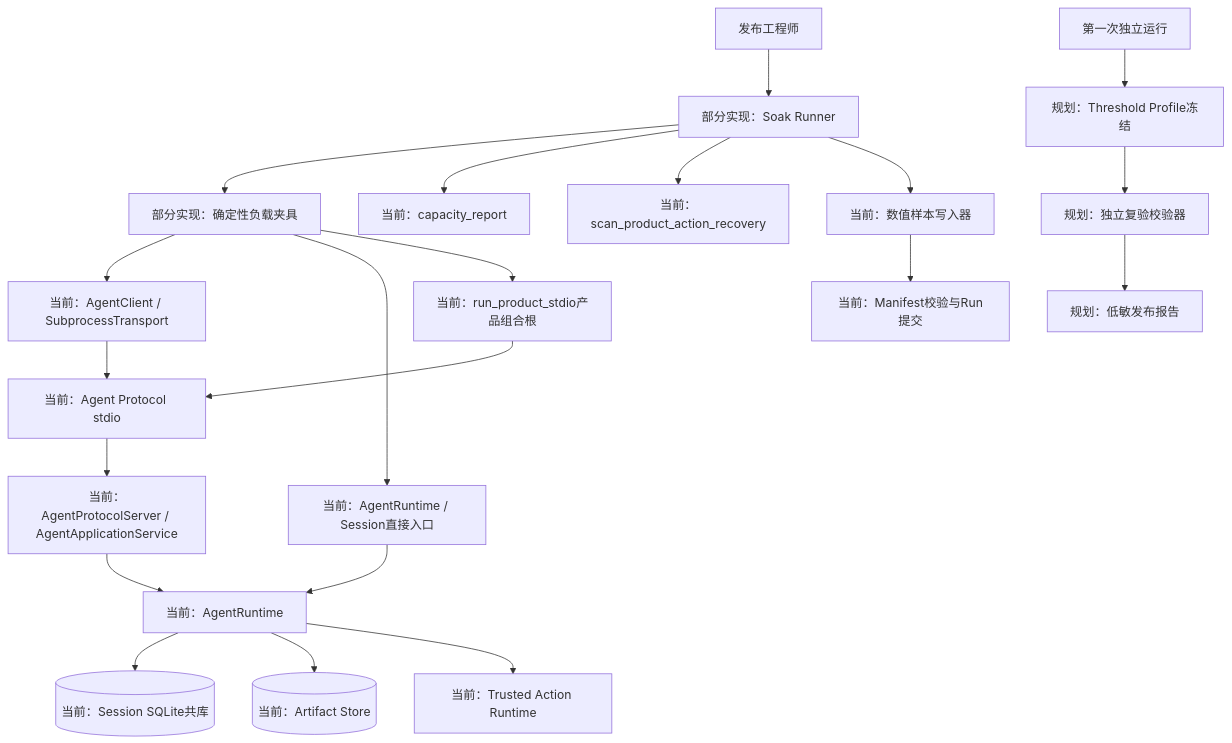
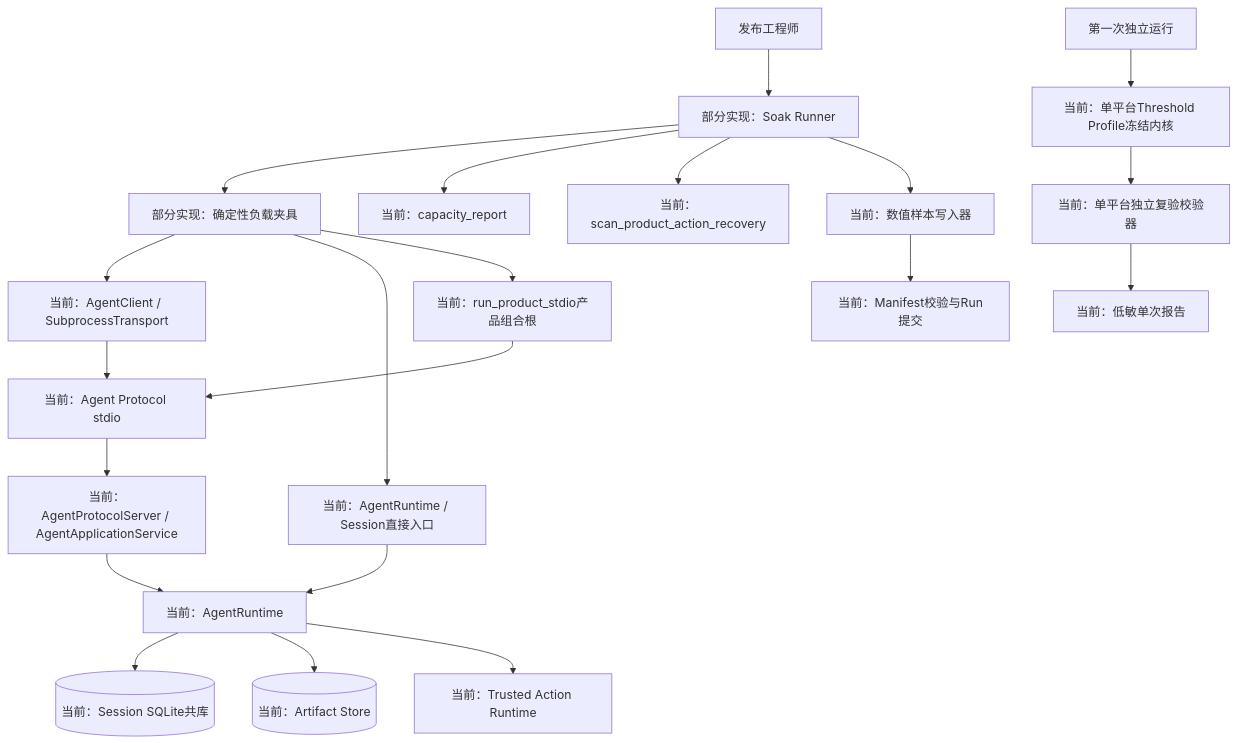
One commit to carrie1988/Harnessix changed the first of 10 diagrams in docs/changes/m09-3d-soak-and-performance-evidence.md. Above: the diagram before and after it, drawn with Mermaid. The commit also changed other lines of this file and 4 other files, not shown here.

````diff
--- a/docs/changes/m09-3d-soak-and-performance-evidence.md
+++ b/docs/changes/m09-3d-soak-and-performance-evidence.md
@@ -147,23 +148,23 @@
 ```mermaid
 flowchart TB
     Operator[发布工程师] --> Runner[部分实现：Soak Runner]
     Runner --> Fixture[部分实现：确定性负载夹具]
     Fixture --> SDK[当前：AgentClient / SubprocessTransport]
     Fixture --> Direct[当前：AgentRuntime / Session直接入口]
     Fixture --> Product[当前：run_product_stdio产品组合根]
     SDK --> STDIO[当前：Agent Protocol stdio]
     STDIO --> APP[当前：AgentProtocolServer / AgentApplicationService]
     APP --> RT[当前：AgentRuntime]
     Direct --> RT
     Product --> STDIO
     RT --> SESSION[(当前：Session SQLite共库)]
     RT --> ARTIFACT[(当前：Artifact Store)]
     RT --> ACTION[当前：Trusted Action Runtime]
     Runner --> Capacity[当前：capacity_report]
     Runner --> Recovery[当前：scan_product_action_recovery]
     Runner --> Samples[当前：数值样本写入器]
     Samples --> Manifest[当前：Manifest校验与Run提交]
-    Baseline[第一次独立运行] --> Profile[规划：Threshold Profile冻结]
-    Profile --> Validator[规划：独立复验校验器]
-    Validator --> Report[规划：低敏发布报告]
+    Baseline[第一次独立运行] --> Profile[当前：单平台Threshold Profile冻结内核]
+    Profile --> Validator[当前：单平台独立复验校验器]
+    Validator --> Report[当前：低敏单次报告]
 ```
````
